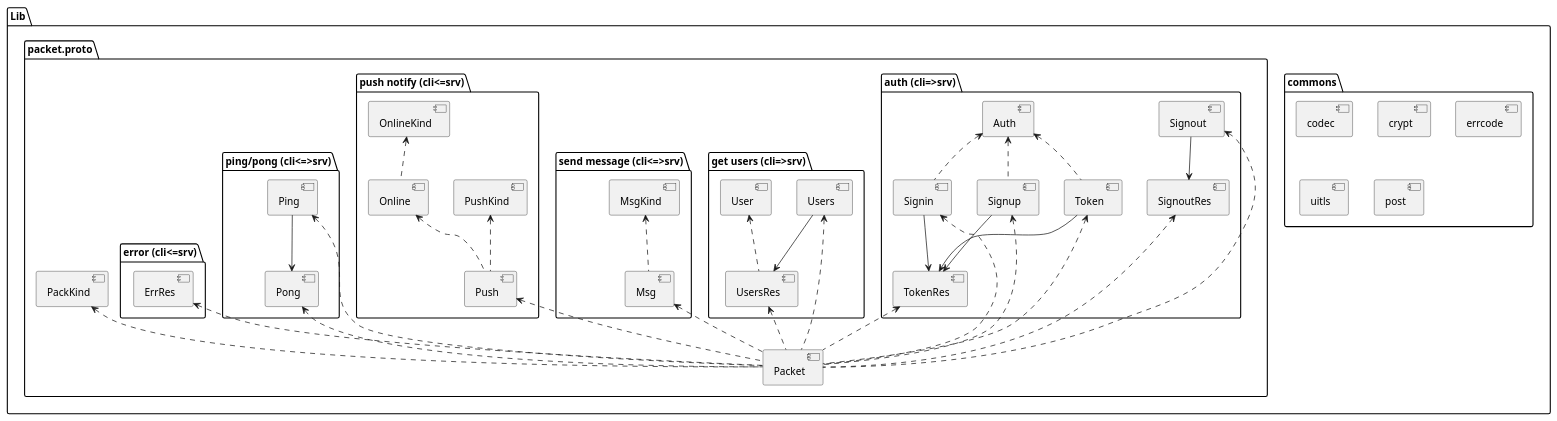
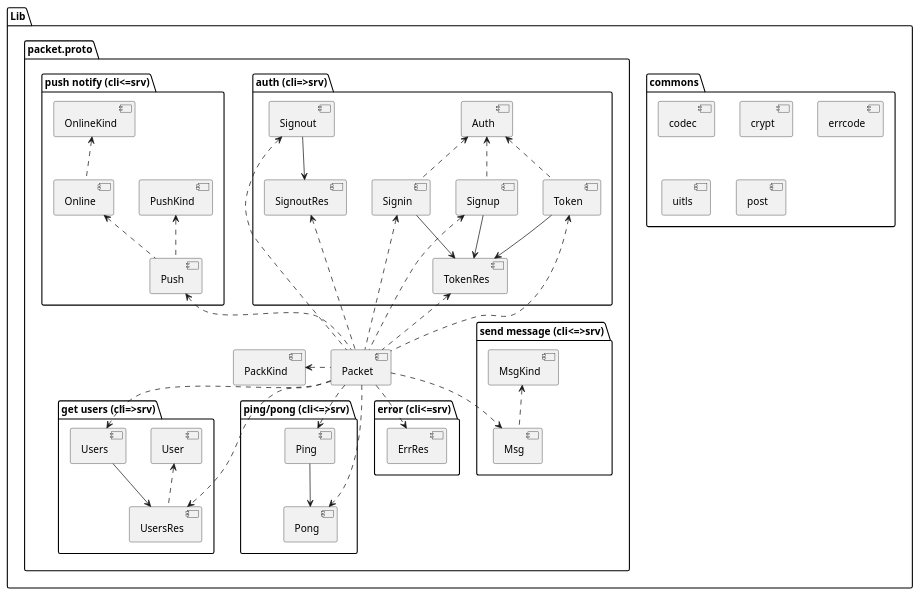
The diagram in docs/umls/gochat-lib.puml (huoyijie/GoChat), drawn with PlantUML before and after one commit. The commit also changed 1 other file, not shown here.

```diff
--- a/docs/umls/gochat-lib.puml
+++ b/docs/umls/gochat-lib.puml
@@ -1,91 +1,92 @@
 @startuml gochat-lib-uml
 package Lib {
     folder "commons" {
         [codec]
         [crypt]
         [errcode]
         [uitls]
         [post]
     }
 
     folder "packet.proto" {
         folder "auth (cli=>srv)" {
             [Auth]
             [Signup]
             [Signin]
             [Token]
             [Signout]
 
             [TokenRes]
             [SignoutRes]
         }
 
         folder "get users (cli=>srv)" {
             [User]
             [UsersRes]
             [Users]
         }
 
         folder "send message (cli<=>srv)" {
             [MsgKind]
             [Msg]
         }
 
         folder "push notify (cli<=srv)" {
             [PushKind]
             [Push]
             [OnlineKind]
             [Online]
         }
 
         folder "ping/pong (cli<=>srv)" {
             [Ping]
             [Pong]
         }
 
         folder "error (cli<=srv)" {
             [ErrRes]
         }
 
         [PackKind]
         [Packet]
     }
 }
 
-Packet .up.> PackKind
+Packet .left.> PackKind
 Signup .up.> Auth
 Signin .up.> Auth
 Token .up.> Auth
 
 UsersRes .up.> User
 Users -down-> UsersRes
 
 Online .up.> OnlineKind
 
 Msg .up.> MsgKind
 Push .up.> PushKind
 Push .up.> Online
 
 Signup -down-> TokenRes
 Signin -down-> TokenRes
 Token -down-> TokenRes
 
 Signout -down-> SignoutRes
 
 Ping -down-> Pong
 
-Packet .up.> ErrRes
-Packet .up.> Ping
-Packet .up.> Pong
+Packet .down.> ErrRes
+Packet .down.> Ping
+Packet .down.> Pong
 Packet .up.> Push
-Packet .up.> Msg
-Packet .up.> Users
-Packet .up.> UsersRes
+
+Packet .down.> Msg
+Packet .down.> Users
+Packet .down.> UsersRes
 
 Packet .up.> Signout
 Packet .up.> SignoutRes
 Packet .up.> Signup
 Packet .up.> Signin
 Packet .up.> Token
 Packet .up.> TokenRes
 @enduml
```
